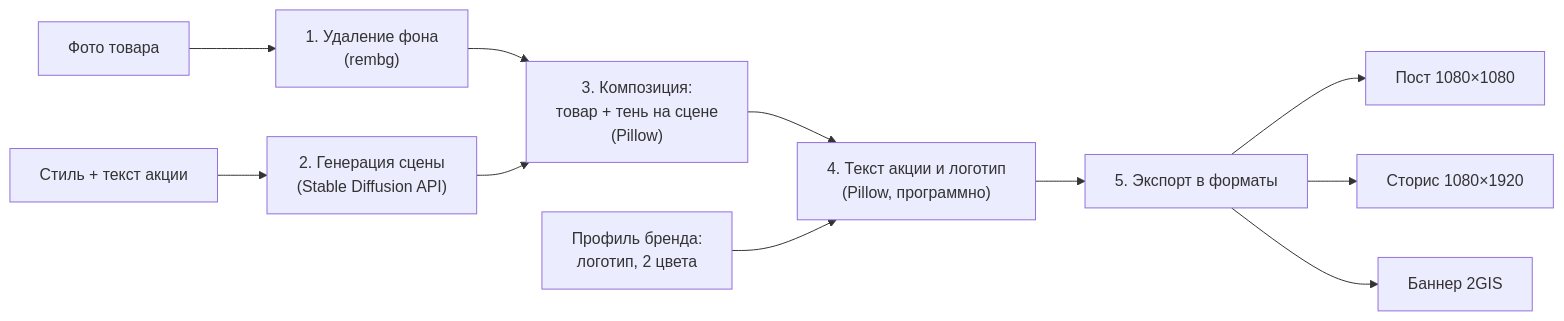
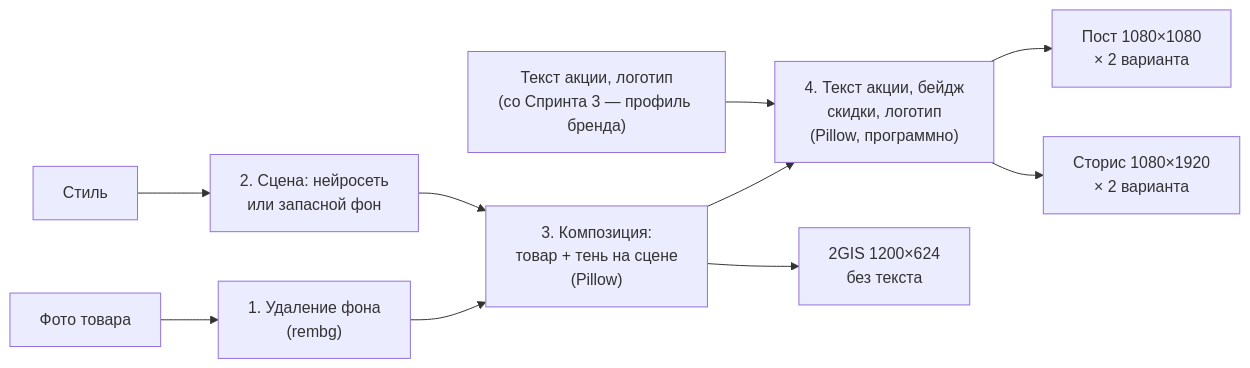
The second of 4 diagrams in docs/ARCHITECTURE.md (Aqudai/ADGen_AI1), drawn with Mermaid before and after one commit. The commit also changed other lines of this file and 29 other files, not shown here.

````diff
--- a/docs/ARCHITECTURE.md
+++ b/docs/ARCHITECTURE.md
@@ -57,13 +58,12 @@
 ```mermaid
 flowchart LR
     A["Фото товара"] --> B["1. Удаление фона<br/>(rembg)"]
     B --> D["3. Композиция:<br/>товар + тень на сцене<br/>(Pillow)"]
-    P["Стиль + текст акции"] --> C["2. Генерация сцены<br/>(Stable Diffusion API)"]
+    P["Стиль"] --> C["2. Сцена: нейросеть<br/>или запасной фон"]
     C --> D
-    D --> E["4. Текст акции и логотип<br/>(Pillow, программно)"]
-    BR["Профиль бренда:<br/>логотип, 2 цвета"] --> E
-    E --> F["5. Экспорт в форматы"]
-    F --> F1["Пост 1080×1080"]
-    F --> F2["Сторис 1080×1920"]
-    F --> F3["Баннер 2GIS"]
+    D --> E["4. Текст акции, бейдж<br/>скидки, логотип<br/>(Pillow, программно)"]
+    T["Текст акции, логотип<br/>(со Спринта 3 — профиль бренда)"] --> E
+    E --> F1["Пост 1080×1080<br/>× 2 варианта"]
+    E --> F2["Сторис 1080×1920<br/>× 2 варианта"]
+    D --> F3["2GIS 1200×624<br/>без текста"]
 ```
````
